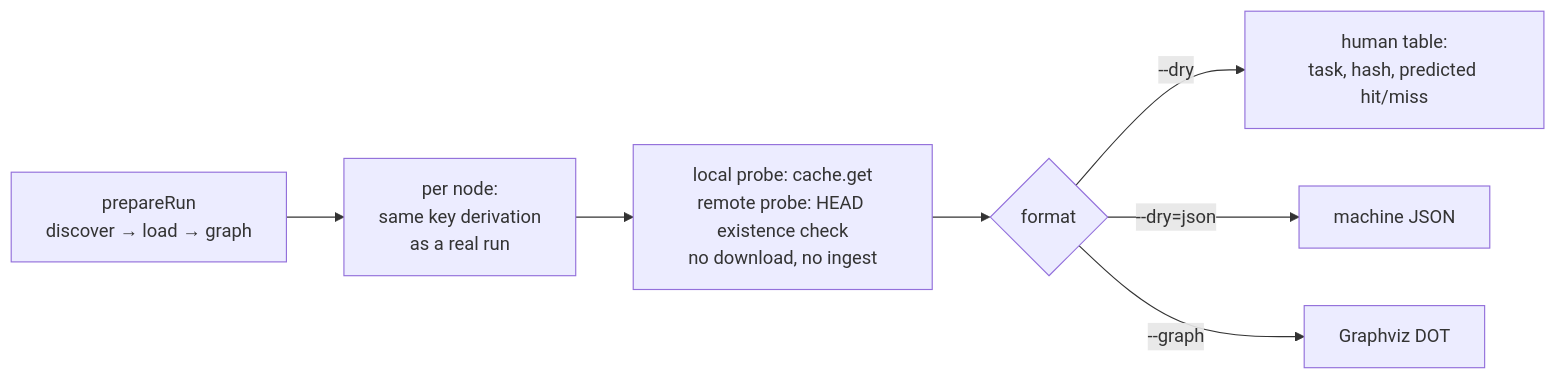
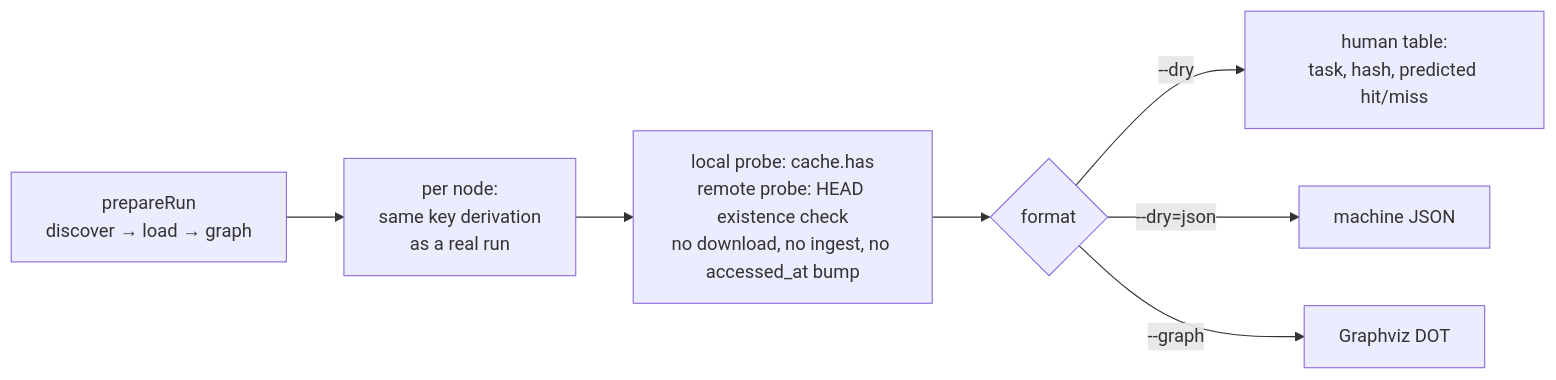
Before and after one commit to vznjs/vx: the tenth of 10 diagrams in packages/vx/docs/flows.md, drawn with Mermaid. The commit also changed other lines of this file and 4 other files, not shown here.

First line of the commit message:
flows.md and patterns.md read against source; citations are file + phrase

````diff
--- a/packages/vx/docs/flows.md
+++ b/packages/vx/docs/flows.md
@@ -263,9 +264,9 @@
 ```mermaid
 flowchart LR
     A[prepareRun<br/>discover → load → graph] --> B[per node:<br/>same key derivation<br/>as a real run]
-    B --> C[local probe: cache.get<br/>remote probe: HEAD existence check<br/>no download, no ingest]
+    B --> C[local probe: cache.has<br/>remote probe: HEAD existence check<br/>no download, no ingest, no accessed_at bump]
     C --> D{format}
     D -->|--dry| E[human table:<br/>task, hash, predicted hit/miss]
     D -->|--dry=json| F[machine JSON]
     D -->|--graph| G[Graphviz DOT]
 ```
````
